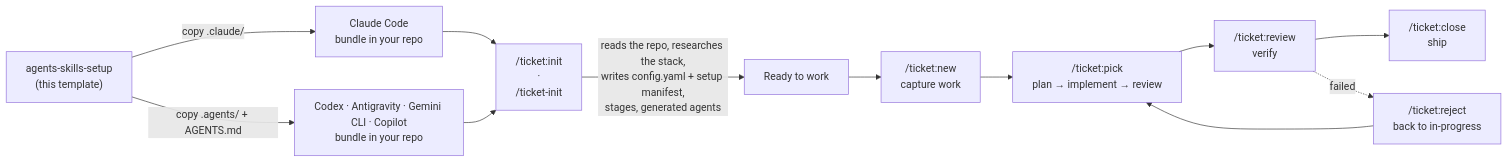
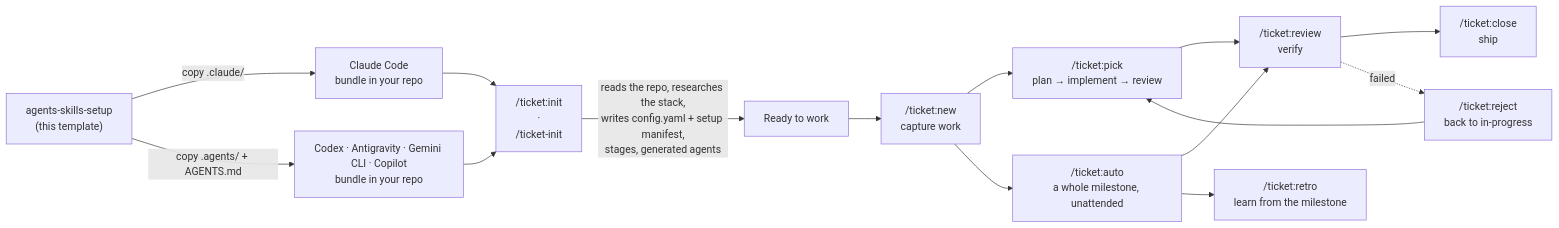
One commit to elmoritz/agents-skills-setup changed the diagram in docs/index.md. Above: the diagram before and after it, drawn with Mermaid. The commit also changed other lines of this file and 54 other files, not shown here.

````diff
--- a/docs/index.md
+++ b/docs/index.md
@@ -34,14 +34,17 @@
 ```mermaid
 flowchart LR
     T["agents-skills-setup<br/>(this template)"] -->|copy .claude/| C["Claude Code<br/>bundle in your repo"]
     T -->|copy .agents/ + AGENTS.md| G["Codex · Antigravity · Gemini CLI · Copilot<br/>bundle in your repo"]
     C --> I["/ticket:init<br/>·<br/>/ticket-init"]
     G --> I
     I -->|reads the repo, researches the stack,<br/>writes config.yaml + setup manifest,<br/>stages, generated agents| R["Ready to work"]
     R --> N["/ticket:new<br/>capture work"]
     N --> P["/ticket:pick<br/>plan → implement → review"]
     P --> V["/ticket:review<br/>verify"]
     V --> CL["/ticket:close<br/>ship"]
     V -.->|failed| RJ["/ticket:reject<br/>back to in-progress"]
     RJ --> P
+    N --> A["/ticket:auto<br/>a whole milestone, unattended"]
+    A --> V
+    A --> RT["/ticket:retro<br/>learn from the milestone"]
 ```
````
